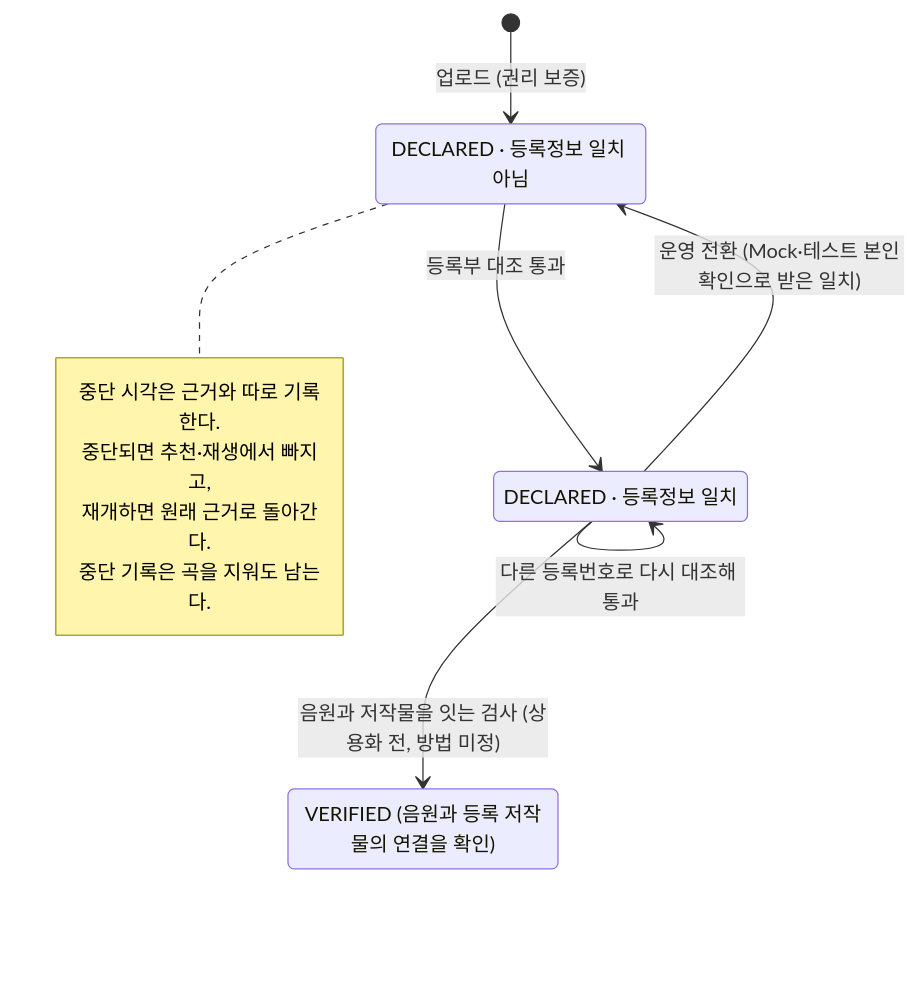
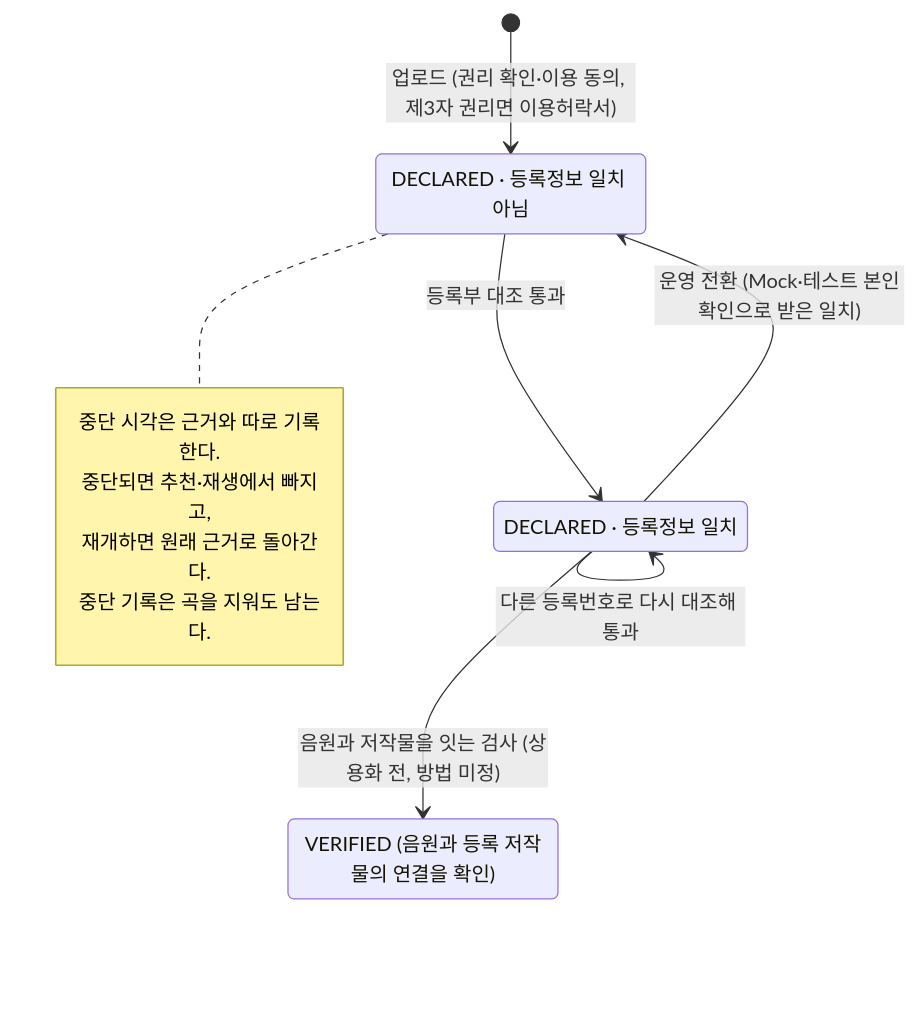
Before and after one commit to nsuCapstoneTeam/NSU_CAPSTONE: the diagram in docs/adr/music_upload/01_music_rights_verification.md, drawn with Mermaid. The commit also changed other lines of this file and 6 other files, not shown here.

````diff
--- a/docs/adr/music_upload/01_music_rights_verification.md
+++ b/docs/adr/music_upload/01_music_rights_verification.md
@@ -34,17 +35,17 @@
 ```mermaid
 stateDiagram-v2
     state "DECLARED · 등록정보 일치 아님" as D0
     state "DECLARED · 등록정보 일치" as D1
     state "VERIFIED (음원과 등록 저작물의 연결을 확인)" as V
-    [*] --> D0: 업로드 (권리 보증)
+    [*] --> D0: 업로드 (권리 확인·이용 동의, 제3자 권리면 이용허락서)
     D0 --> D1: 등록부 대조 통과
     D1 --> D1: 다른 등록번호로 다시 대조해 통과
     D1 --> D0: 운영 전환 (Mock·테스트 본인확인으로 받은 일치)
     D1 --> V: 음원과 저작물을 잇는 검사 (상용화 전, 방법 미정)
     note right of D0
         중단 시각은 근거와 따로 기록한다.
         중단되면 추천·재생에서 빠지고,
         재개하면 원래 근거로 돌아간다.
         중단 기록은 곡을 지워도 남는다.
     end note
 ```
````
